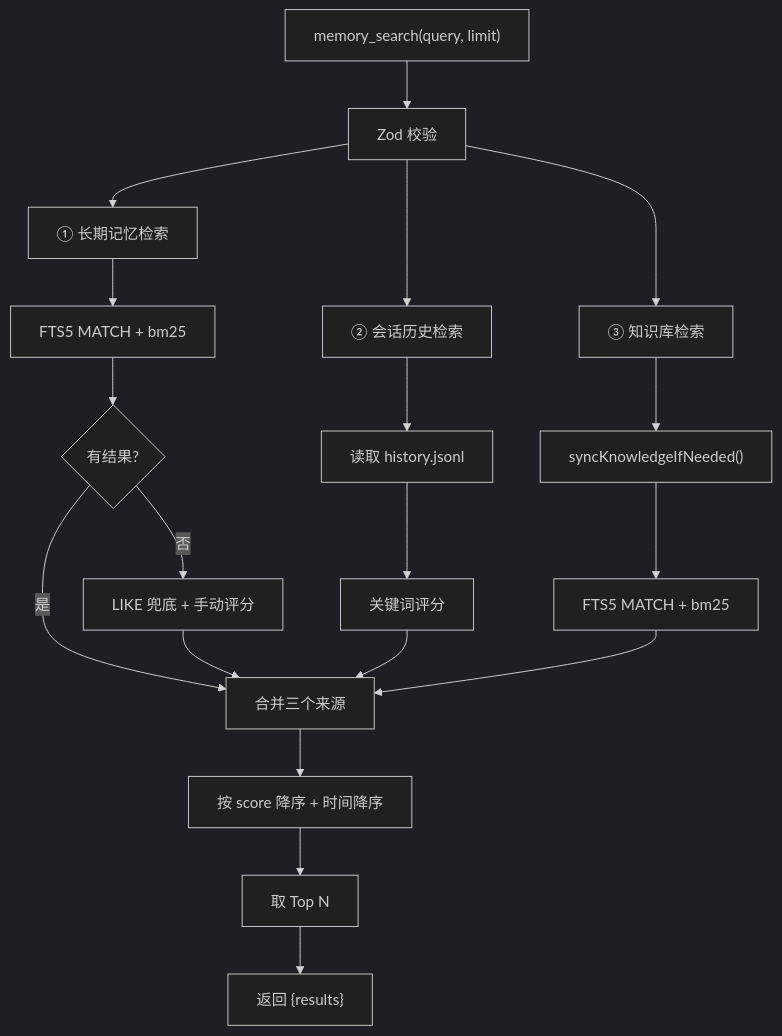
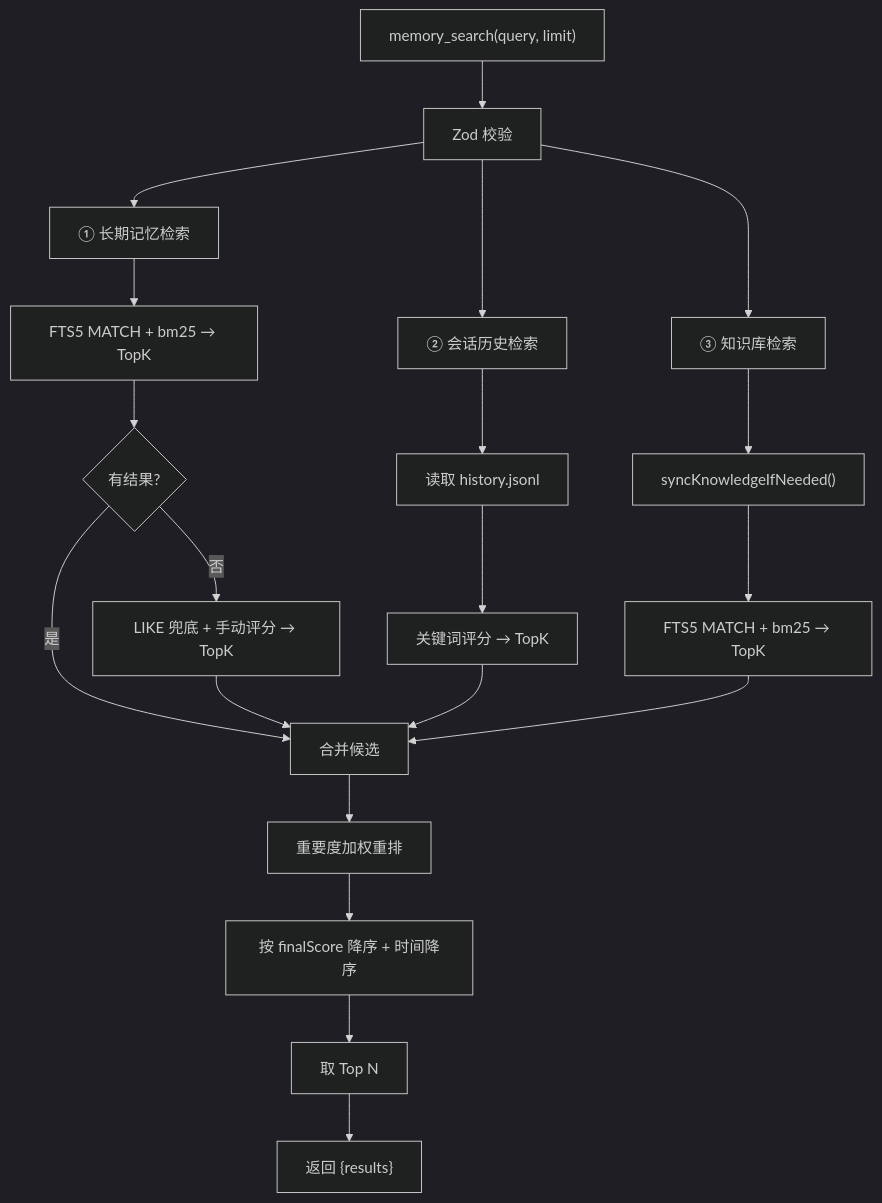
Before and after one commit to lchaoer/claudecode-oepnclaw-mem: the fourth of 8 diagrams in ARCHITECTURE.md, drawn with Mermaid (dark theme). The commit also changed other lines of this file and 3 other files, not shown here.

````diff
--- a/ARCHITECTURE.md
+++ b/ARCHITECTURE.md
@@ -141,25 +147,26 @@
 ```mermaid
 flowchart TD
     A["memory_search(query, limit)"] --> B["Zod 校验"]
 
     B --> C1["① 长期记忆检索"]
-    C1 --> C1a["FTS5 MATCH + bm25"]
+    C1 --> C1a["FTS5 MATCH + bm25 → TopK"]
     C1a --> C1b{有结果?}
-    C1b -->|否| C1c["LIKE 兜底 + 手动评分"]
+    C1b -->|否| C1c["LIKE 兜底 + 手动评分 → TopK"]
     C1b -->|是| MERGE
     C1c --> MERGE
 
     B --> C2["② 会话历史检索"]
     C2 --> C2a["读取 history.jsonl"]
-    C2a --> C2b["关键词评分"]
+    C2a --> C2b["关键词评分 → TopK"]
     C2b --> MERGE
 
     B --> C3["③ 知识库检索"]
     C3 --> C3a["syncKnowledgeIfNeeded()"]
-    C3a --> C3b["FTS5 MATCH + bm25"]
+    C3a --> C3b["FTS5 MATCH + bm25 → TopK"]
     C3b --> MERGE
 
-    MERGE["合并三个来源"] --> SORT["按 score 降序 + 时间降序"]
+    MERGE["合并候选"] --> RERANK["重要度加权重排"]
+    RERANK --> SORT["按 finalScore 降序 + 时间降序"]
     SORT --> TOP["取 Top N"]
     TOP --> OUT["返回 {results}"]
 ```
````
